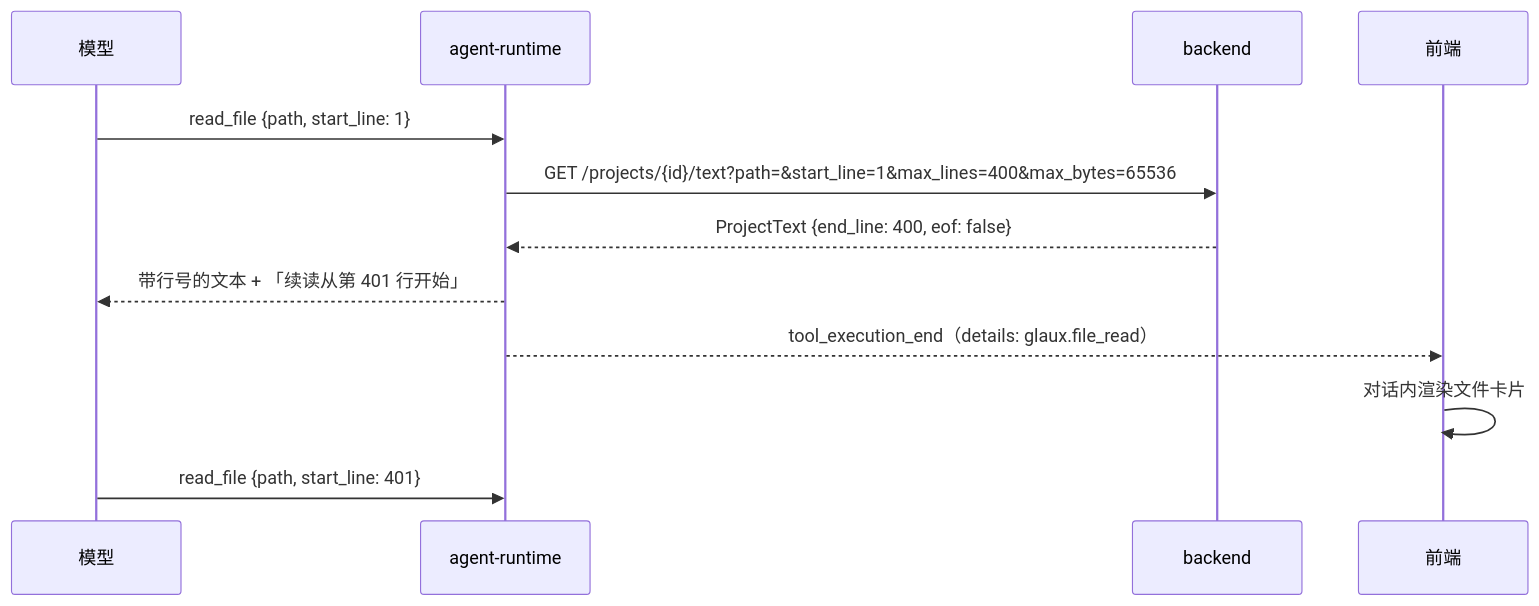
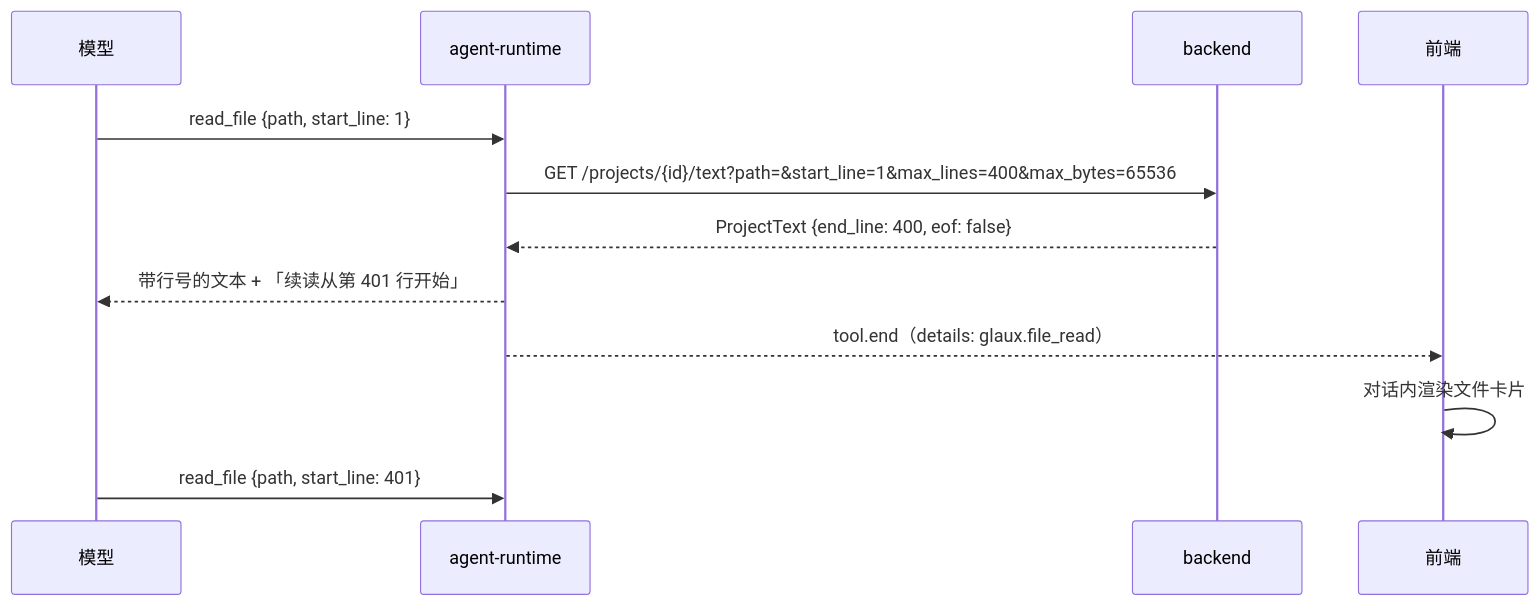
The second of 4 diagrams in docs/sdd/feats/14-project-text-preview/README.md (zhentai-sn/open-glaux), drawn with Mermaid before and after one commit. The commit also changed 31 other files, not shown here.

````diff
--- a/docs/sdd/feats/14-project-text-preview/README.md
+++ b/docs/sdd/feats/14-project-text-preview/README.md
@@ -119,14 +119,14 @@
 ```mermaid
 sequenceDiagram
     participant M as 模型
     participant RT as agent-runtime
     participant BE as backend
     participant FE as 前端
     M->>RT: read_file {path, start_line: 1}
     RT->>BE: GET /projects/{id}/text?path=&start_line=1&max_lines=400&max_bytes=65536
     BE-->>RT: ProjectText {end_line: 400, eof: false}
     RT-->>M: 带行号的文本 + 「续读从第 401 行开始」
-    RT-->>FE: tool_execution_end（details: glaux.file_read）
+    RT-->>FE: tool.end（details: glaux.file_read）
     FE->>FE: 对话内渲染文件卡片
     M->>RT: read_file {path, start_line: 401}
 ```
````
